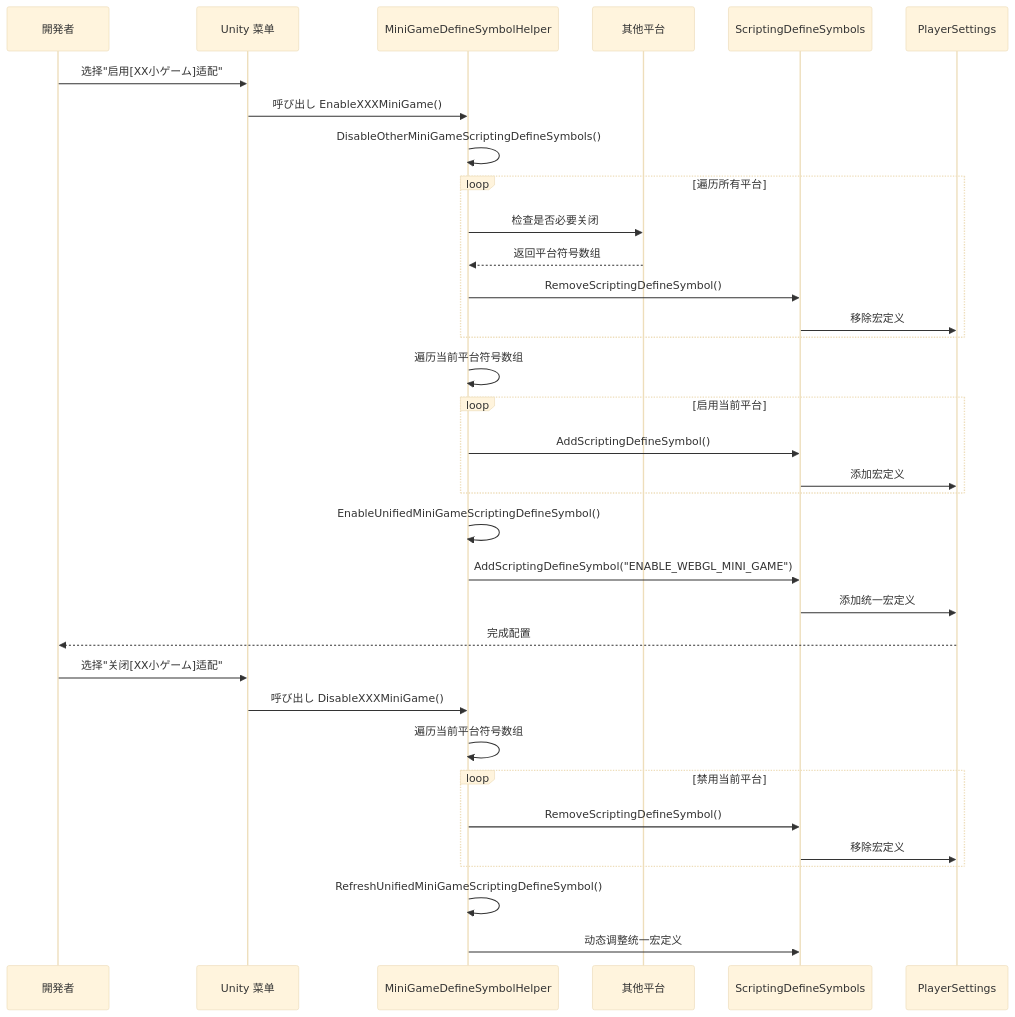
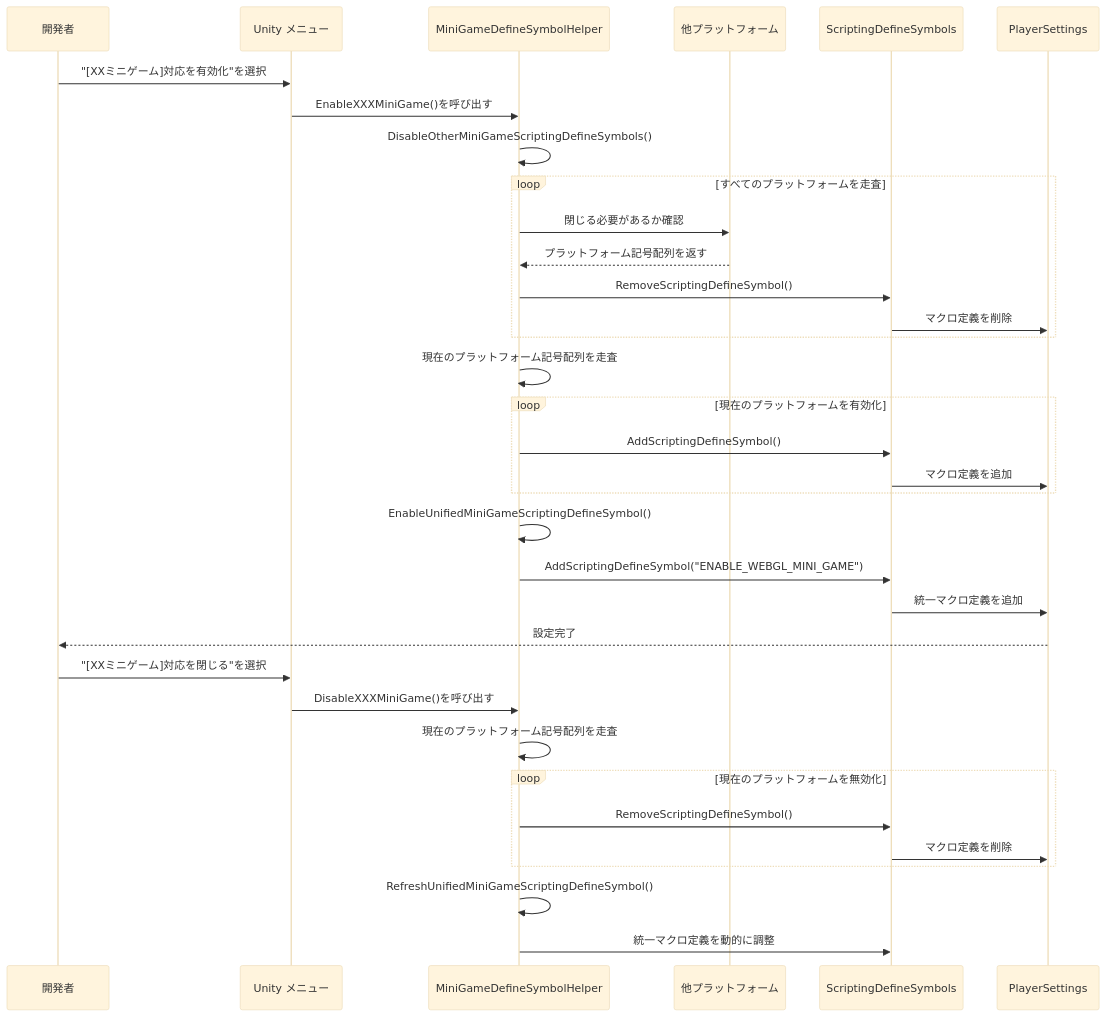
The second of 2 diagrams in docs/ja/client/unity/component/core/13.mini-game-platform.md (AlianBlank/GameFrameX.Docs), drawn with Mermaid (base theme) before and after one commit. The commit also changed other lines of this file and 320 other files, not shown here.

````diff
--- a/docs/ja/client/unity/component/core/13.mini-game-platform.md
+++ b/docs/ja/client/unity/component/core/13.mini-game-platform.md
@@ -107,43 +107,43 @@
 ```mermaid
 sequenceDiagram
     participant Dev as 開発者
-    participant Menu as Unity 菜单
+    participant Menu as Unity メニュー
     participant Main as MiniGameDefineSymbolHelper
-    participant Other as 其他平台
+    participant Other as 他プラットフォーム
     participant Util as ScriptingDefineSymbols
     participant PS as PlayerSettings
 
-    Dev->>Menu: 选择"启用[XX小ゲーム]适配"
-    Menu->>Main: 呼び出し EnableXXXMiniGame()
-    
+    Dev->>Menu: "[XXミニゲーム]対応を有効化"を選択
+    Menu->>Main: EnableXXXMiniGame()を呼び出す
+
     Main->>Main: DisableOtherMiniGameScriptingDefineSymbols()
-    loop 遍历所有平台
-        Main->>Other: 检查是否必要关闭
-        Other-->>Main: 返回平台符号数组
+    loop すべてのプラットフォームを走査
+        Main->>Other: 閉じる必要があるか確認
+        Other-->>Main: プラットフォーム記号配列を返す
         Main->>Util: RemoveScriptingDefineSymbol()
-        Util->>PS: 移除宏定义
+        Util->>PS: マクロ定義を削除
     end
-    
-    Main->>Main: 遍历当前平台符号数组
-    loop 启用当前平台
+
+    Main->>Main: 現在のプラットフォーム記号配列を走査
+    loop 現在のプラットフォームを有効化
         Main->>Util: AddScriptingDefineSymbol()
-        Util->>PS: 添加宏定义
+        Util->>PS: マクロ定義を追加
     end
-    
+
     Main->>Main: EnableUnifiedMiniGameScriptingDefineSymbol()
     Main->>Util: AddScriptingDefineSymbol("ENABLE_WEBGL_MINI_GAME")
-    Util->>PS: 添加统一宏定义
-    
-    PS-->>Dev: 完成配置
-    Dev->>Menu: 选择"关闭[XX小ゲーム]适配"
-    Menu->>Main: 呼び出し DisableXXXMiniGame()
-    
-    Main->>Main: 遍历当前平台符号数组
-    loop 禁用当前平台
+    Util->>PS: 統一マクロ定義を追加
+
+    PS-->>Dev: 設定完了
+    Dev->>Menu: "[XXミニゲーム]対応を閉じる"を選択
+    Menu->>Main: DisableXXXMiniGame()を呼び出す
+
+    Main->>Main: 現在のプラットフォーム記号配列を走査
+    loop 現在のプラットフォームを無効化
         Main->>Util: RemoveScriptingDefineSymbol()
-        Util->>PS: 移除宏定义
+        Util->>PS: マクロ定義を削除
     end
-    
+
     Main->>Main: RefreshUnifiedMiniGameScriptingDefineSymbol()
-    Main->>Util: 动态调整统一宏定义
+    Main->>Util: 統一マクロ定義を動的に調整
 ```
````
